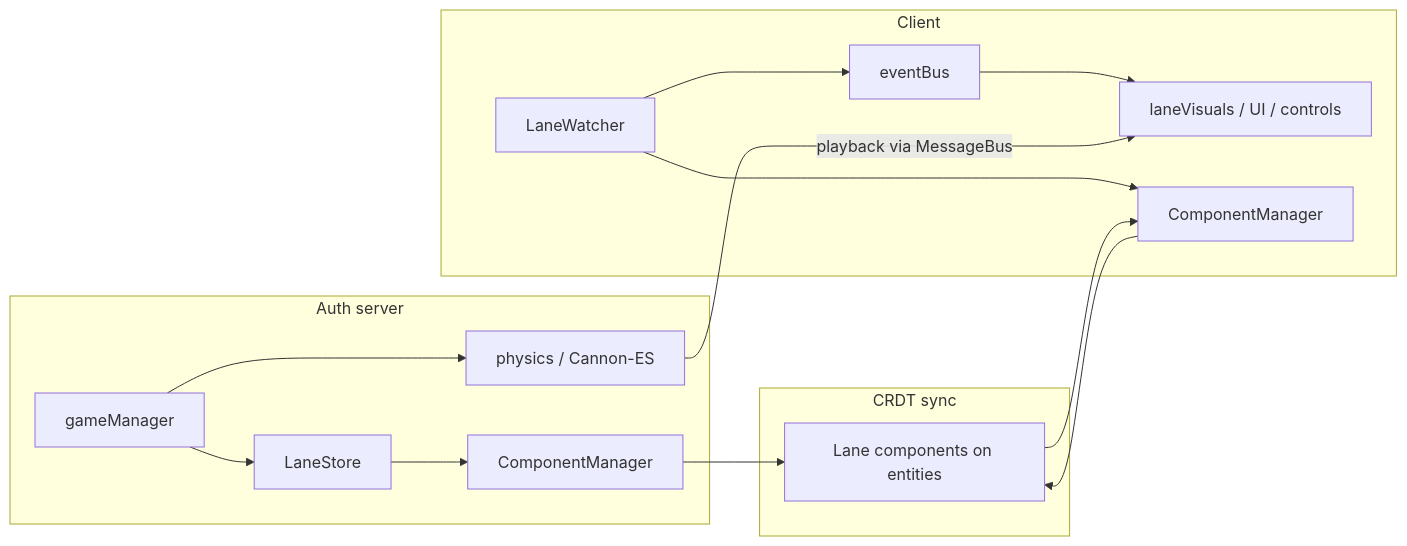
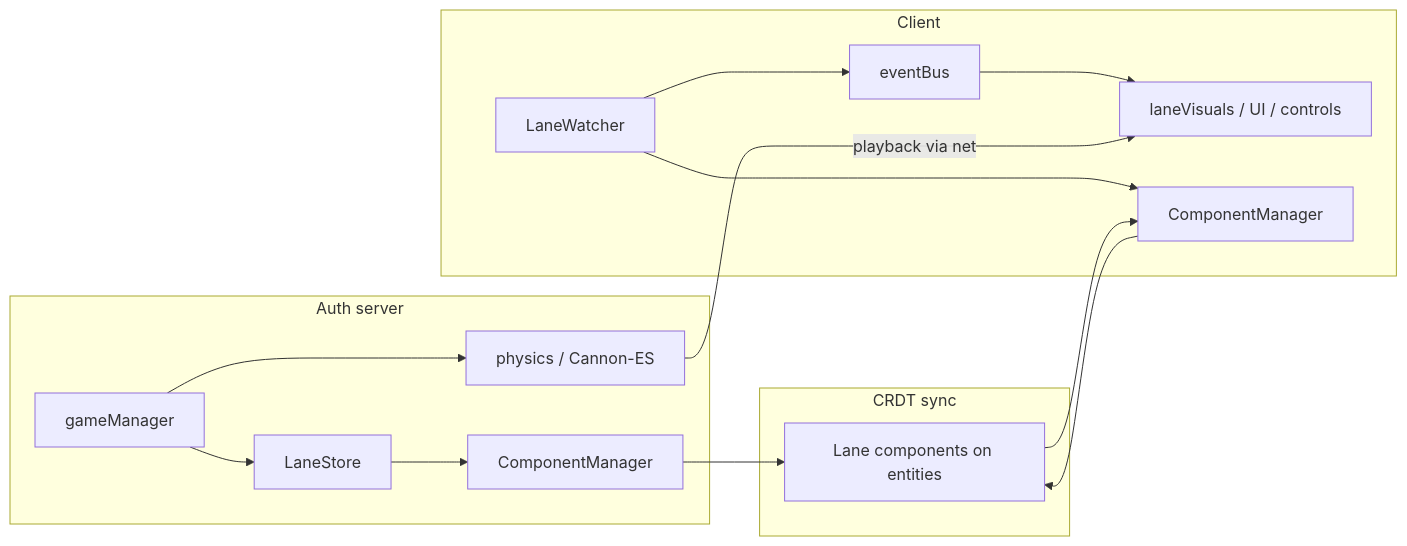
One commit to stom66/dcl-bowling changed the diagram in README.md. Above: the diagram before and after it, drawn with Mermaid. The commit also changed other lines of this file and 7 other files, not shown here.

````diff
--- a/README.md
+++ b/README.md
@@ -95,31 +95,31 @@
 ```mermaid
 flowchart LR
   subgraph server [Auth server]
     GM[gameManager]
     LS[LaneStore]
     CM[ComponentManager]
     PHY[physics / Cannon-ES]
     GM --> LS
     LS --> CM
     GM --> PHY
   end
 
   subgraph sync [CRDT sync]
     COMP[Lane components on entities]
   end
 
   subgraph client [Client]
     LW[LaneWatcher]
     EB[eventBus]
     VIS[laneVisuals / UI / controls]
     CM2[ComponentManager]
     LW --> EB
     EB --> VIS
     CM2 --> COMP
     LW --> CM2
   end
 
   CM --> COMP
   COMP --> CM2
-  PHY -->|playback via MessageBus| VIS
+  PHY -->|playback via net| VIS
 ```
````
